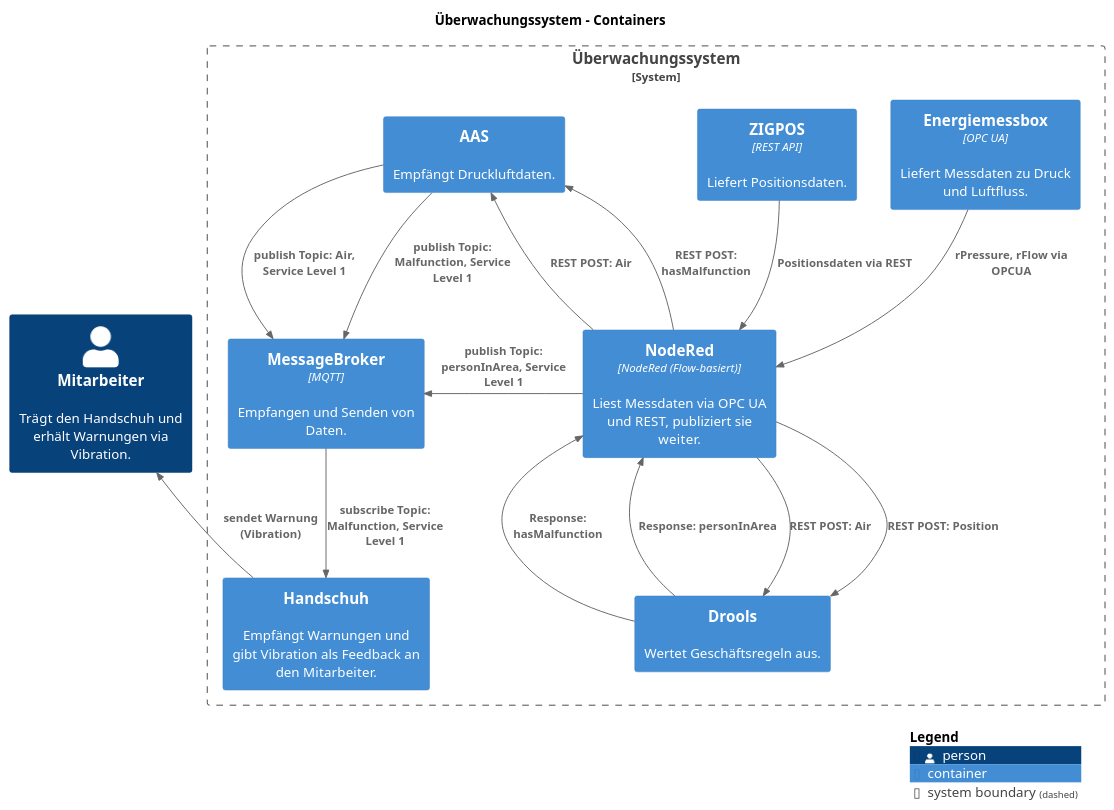
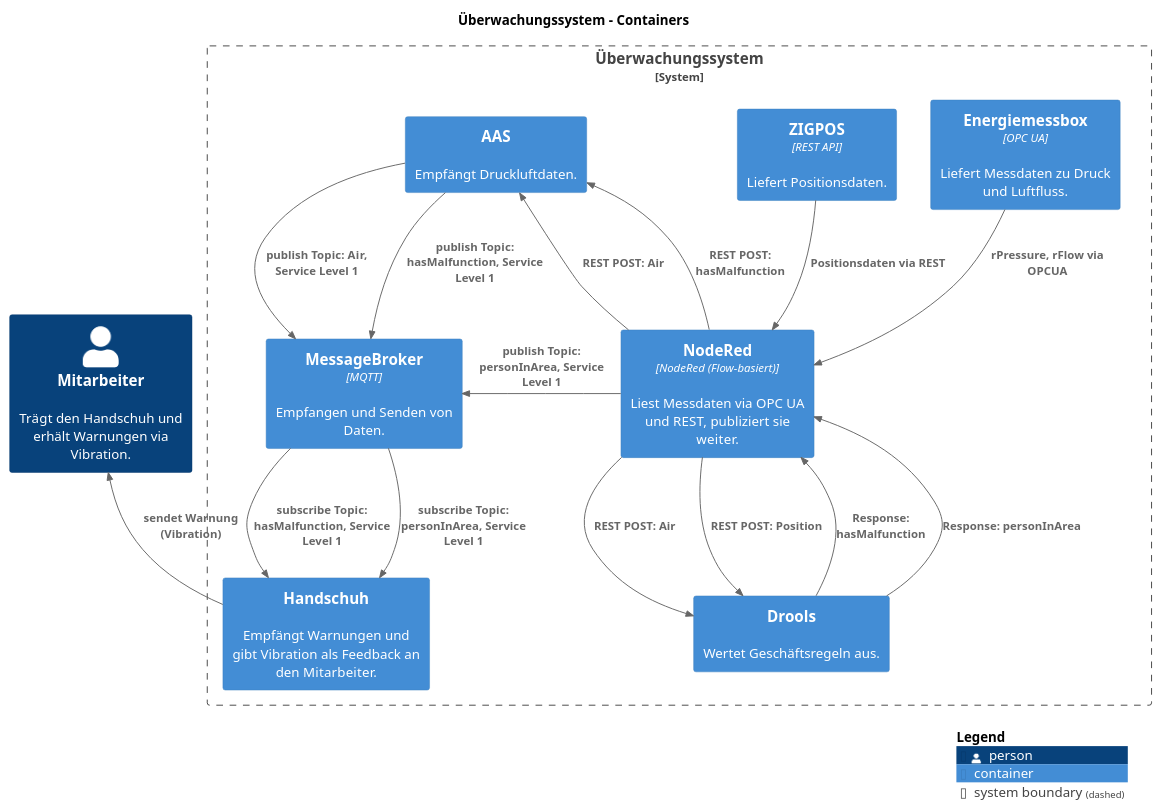
One commit to a-schulz/bpa-energiemessbox changed the diagram in system_diagram.puml. Above: the diagram before and after it, drawn with PlantUML.

Commit message:
concept: system_diagram.puml

```diff
--- a/system_diagram.puml
+++ b/system_diagram.puml
@@ -1,44 +1,45 @@
 @startuml
 set separator none
 
 title Überwachungssystem - Containers
 
 !include <C4/C4>
 !include <C4/C4_Context>
 !include <C4/C4_Container>
 
 Person(Mitarbeiter, "Mitarbeiter", $descr="Trägt den Handschuh und erhält Warnungen via Vibration.", $tags="", $link="")
 
 System_Boundary("Überwachungssystem_boundary", "Überwachungssystem", $tags="") {
   Container(Überwachungssystem.Energiemessbox, "Energiemessbox", $techn="OPC UA", $descr="Liefert Messdaten zu Druck und Luftfluss.", $tags="", $link="")
   Container(Überwachungssystem.NodeRed, "NodeRed", $techn="NodeRed (Flow-basiert)", $descr="Liest Messdaten via OPC UA und REST, publiziert sie weiter.", $tags="", $link="")
   Container(Überwachungssystem.ZIGPOS, "ZIGPOS", $techn="REST API", $descr="Liefert Positionsdaten.", $tags="", $link="")
   Container(Überwachungssystem.MessageBroker, "MessageBroker", $techn="MQTT", $descr="Empfangen und Senden von Daten.", $tags="", $link="")
   Container(Überwachungssystem.Handschuh, "Handschuh", $techn="", $descr="Empfängt Warnungen und gibt Vibration als Feedback an den Mitarbeiter.", $tags="", $link="")
   Container(Überwachungssystem.AAS, "AAS", $techn="", $descr="Empfängt Druckluftdaten.", $tags="", $link="")
   Container(Überwachungssystem.Drools, "Drools", $techn="", $descr="Wertet Geschäftsregeln aus.", $tags="", $link="")
 }
 
 Rel(Überwachungssystem.Energiemessbox, Überwachungssystem.NodeRed, "rPressure, rFlow via OPCUA", $techn="", $tags="", $link="")
 Rel(Überwachungssystem.ZIGPOS, Überwachungssystem.NodeRed, "Positionsdaten via REST", $techn="", $tags="", $link="")
 
 Rel(Überwachungssystem.NodeRed, Überwachungssystem.Drools, "REST POST: Air", $techn="", $tags="", $link="")
 Rel(Überwachungssystem.Drools, Überwachungssystem.NodeRed, "Response: hasMalfunction", $techn="", $tags="", $link="")
 
 Rel(Überwachungssystem.NodeRed, Überwachungssystem.Drools, "REST POST: Position", $techn="", $tags="", $link="")
 Rel(Überwachungssystem.Drools, Überwachungssystem.NodeRed, "Response: personInArea", $techn="", $tags="", $link="")
 
 Rel_L(Überwachungssystem.NodeRed, Überwachungssystem.AAS, "REST POST: Air", $techn="", $tags="", $link="")
 Rel_L(Überwachungssystem.NodeRed, Überwachungssystem.AAS, "REST POST: hasMalfunction", $techn="", $tags="", $link="")
 
 Rel_L(Überwachungssystem.NodeRed, Überwachungssystem.MessageBroker, "publish Topic: personInArea, Service Level 1", $techn="", $tags="", $link="")
 
 Rel(Überwachungssystem.AAS, Überwachungssystem.MessageBroker, "publish Topic: Air, Service Level 1", $techn="", $tags="", $link="")
-Rel(Überwachungssystem.AAS, Überwachungssystem.MessageBroker, "publish Topic: Malfunction, Service Level 1", $techn="", $tags="", $link="")
+Rel(Überwachungssystem.AAS, Überwachungssystem.MessageBroker, "publish Topic: hasMalfunction, Service Level 1", $techn="", $tags="", $link="")
 
-Rel(Überwachungssystem.MessageBroker, Überwachungssystem.Handschuh, "subscribe Topic: Malfunction, Service Level 1", $techn="", $tags="", $link="")
+Rel(Überwachungssystem.MessageBroker, Überwachungssystem.Handschuh, "subscribe Topic: hasMalfunction, Service Level 1", $techn="", $tags="", $link="")
+Rel(Überwachungssystem.MessageBroker, Überwachungssystem.Handschuh, "subscribe Topic: personInArea, Service Level 1", $techn="", $tags="", $link="")
 
 Rel_U(Überwachungssystem.Handschuh, Mitarbeiter, "sendet Warnung (Vibration)", $techn="", $tags="", $link="")
 
 SHOW_LEGEND(true)
 @enduml
```
